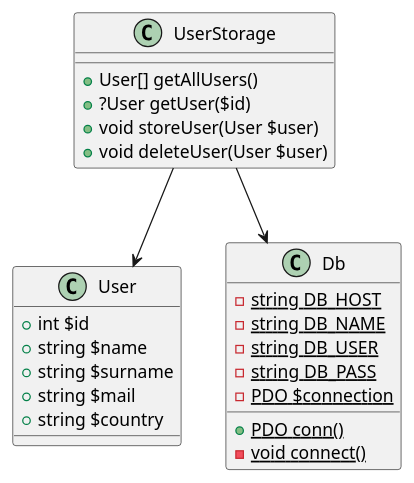
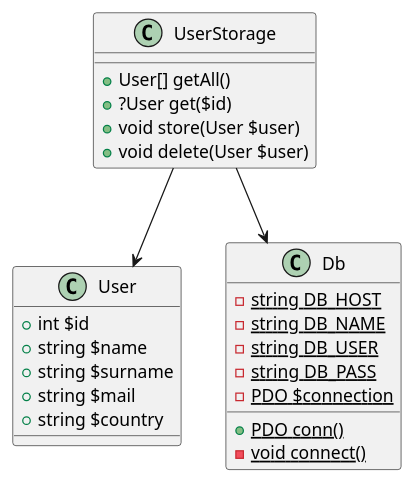
The diagram in php/crud/diagram.puml (thevajko/zbierka-uloh), drawn with PlantUML before and after one commit. The commit also changed 2 other files, not shown here.

```diff
--- a/php/crud/diagram.puml
+++ b/php/crud/diagram.puml
@@ -1,32 +1,32 @@
 @startuml
 
 class UserStorage {
-  +User[] getAllUsers()
-  +?User getUser($id)
-  +void storeUser(User $user)
-  +void deleteUser(User $user)
+  +User[] getAll()
+  +?User get($id)
+  +void store(User $user)
+  +void delete(User $user)
 }
 
 class User {
   +int $id
   +string $name
   +string $surname
   +string $mail
   +string $country
 }
 
 class Db {
   -{static} string DB_HOST
   -{static} string DB_NAME
   -{static} string DB_USER
   -{static} string DB_PASS
   -{static} PDO $connection
   +{static} PDO conn()
   -{static} void connect()
 }
 
 
 UserStorage --> Db
 UserStorage --> User
 
 @enduml
```
